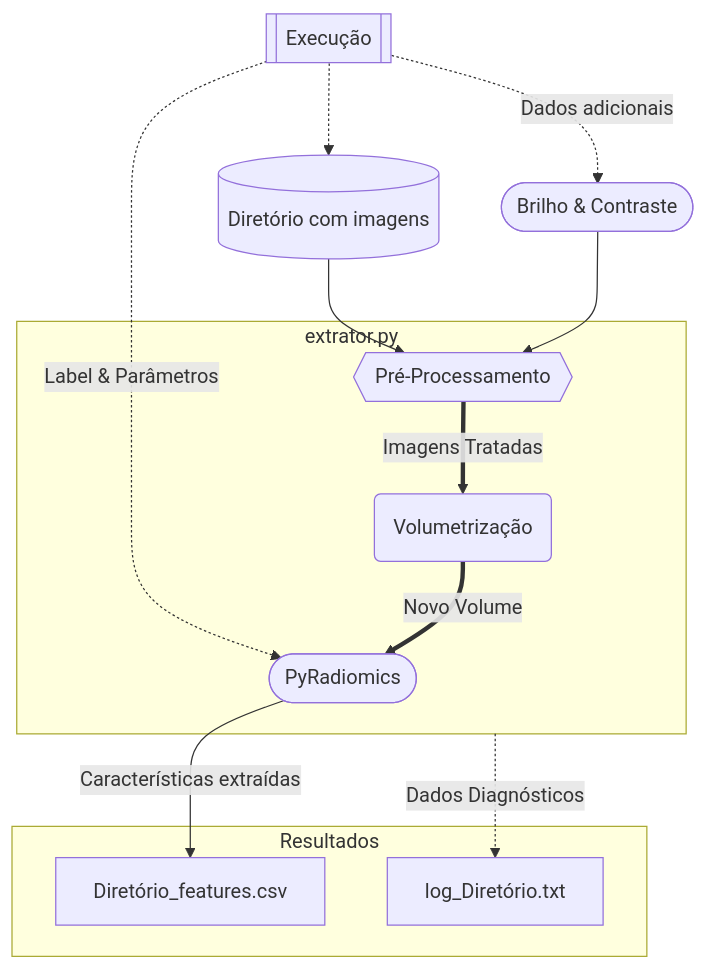
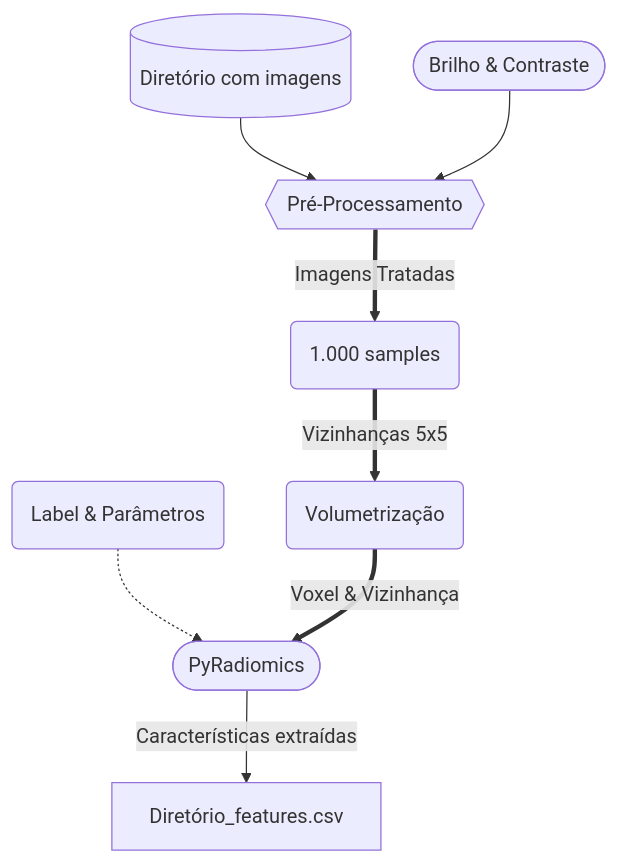
Before and after one commit to OctavioFurio/PyRadiomicsExtraction: the diagram in README.md, drawn with Mermaid. The commit also changed other lines of this file, not shown here.

````diff
--- a/README.md
+++ b/README.md
@@ -28,23 +24,15 @@
 ```mermaid
 %%{ init: { 'flowchart': { 'curve': 'bump' } } }%%
 flowchart TB
-
-    inputs[[Execução]]
-    inputs -.-> dir[(Diretório com imagens)]
-    inputs -. Label & Parâmetros .-> pr([PyRadiomics])
-    inputs -. Dados adicionais .-> br([Brilho & Contraste])
+    dir[(Diretório com imagens)]
+    lbl(Label & Parâmetros) .-> pr([PyRadiomics])
+    br([Brilho & Contraste])
     dir --> pp{{Pré-Processamento}}
     br --> pp
 
-    subgraph extrator.py
-        pp == Imagens Tratadas ==> dim(Volumetrização)
-        dim == Novo Volume ==> pr    
-    end
+    pp == Imagens Tratadas ==> vv(1.000 samples) 
+    vv == Vizinhanças 5x5 ==> dim(Volumetrização)
+    dim == Voxel & Vizinhança ==> pr    
     
-    subgraph Resultados
     pr -- Características extraídas --> Diretório_features.csv
-    log_Diretório.txt
-    end
-    
-    extrator.py -. Dados Diagnósticos .-> log_Diretório.txt
 ```
````
